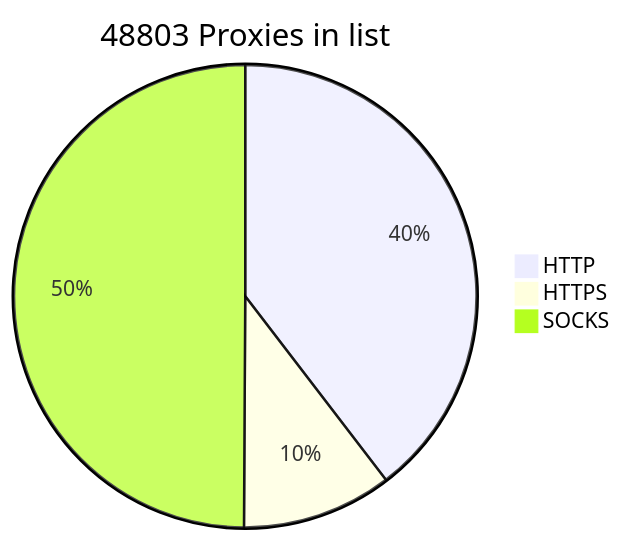
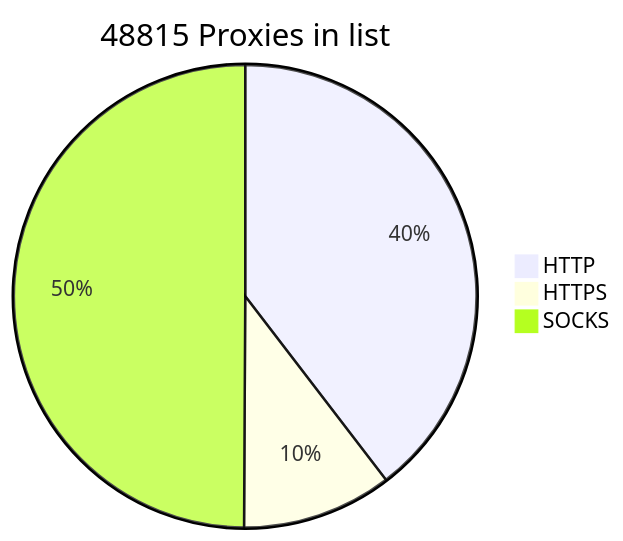
The diagram in README.md (BlackSnowDot/proxylist-update-every-minute), drawn with Mermaid before and after one commit.

````diff
--- a/README.md
+++ b/README.md
@@ -2,6 +2,6 @@
 ```mermaid
-pie title 48803 Proxies in list
-    "HTTP" : 21296
-    "HTTPS": 5643
-    "SOCKS" : 26846
+pie title 48815 Proxies in list
+    "HTTP" : 21300
+    "HTTPS": 5644
+    "SOCKS" : 26856
 ```
````
